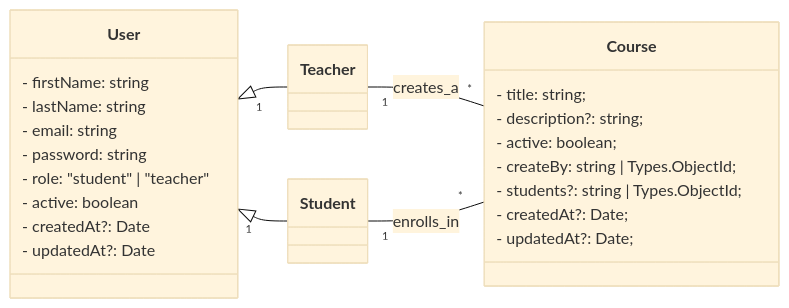
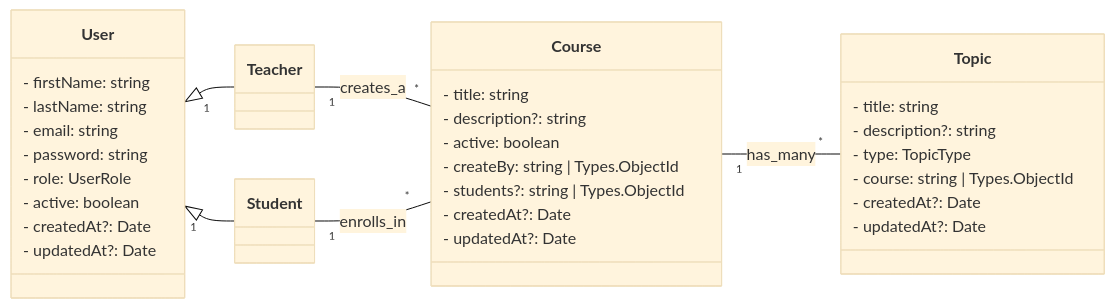
The diagram in backend/README.md (rubensrabelo/sistema_de_atividades_escolares), drawn with Mermaid (base theme) before and after one commit. The commit also changed other lines of this file and 6 other files, not shown here.

````diff
--- a/backend/README.md
+++ b/backend/README.md
@@ -8,35 +8,45 @@
 ```mermaid
 classDiagram
   direction LR
   class User {
     - firstName: string
     - lastName: string
     - email: string
     - password: string
-    - role: "student" | "teacher"
+    - role: UserRole
     - active: boolean
     - createdAt?: Date
     - updatedAt?: Date
   }
 
   class Teacher {
   }
 
   class Student {
   }
 
   class Course {
-    - title: string;
-    - description?: string;
-    - active: boolean;
-    - createBy: string | Types.ObjectId;
-    - students?: string | Types.ObjectId;
-    - createdAt?: Date;
-    - updatedAt?: Date;
+    - title: string
+    - description?: string
+    - active: boolean
+    - createBy: string | Types.ObjectId
+    - students?: string | Types.ObjectId
+    - createdAt?: Date
+    - updatedAt?: Date
+  }
+
+  class Topic {
+    - title: string
+    - description?: string
+    - type: TopicType
+    - course: string | Types.ObjectId
+    - createdAt?: Date
+    - updatedAt?: Date
   }
 
   User "1" <|-- Teacher
   User "1" <|-- Student
   Teacher "1" -- "*" Course: creates_a
   Student "1" -- "*" Course: enrolls_in
+  Course "1" -- "*" Topic: has_many
 ```
````
